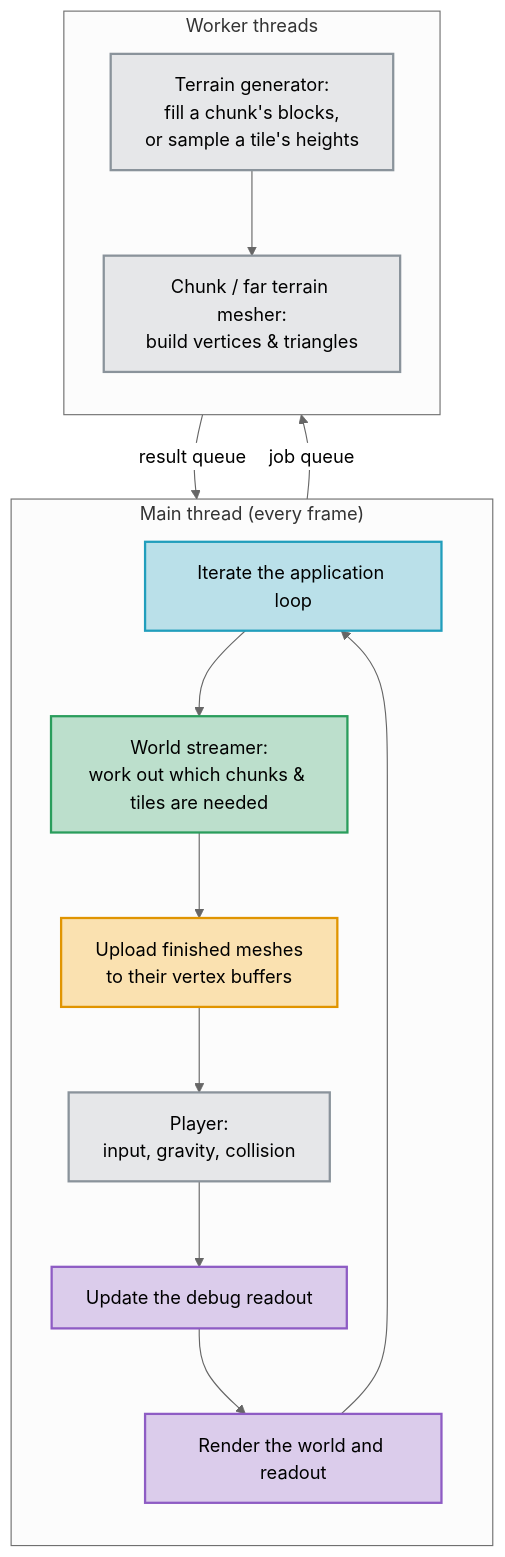
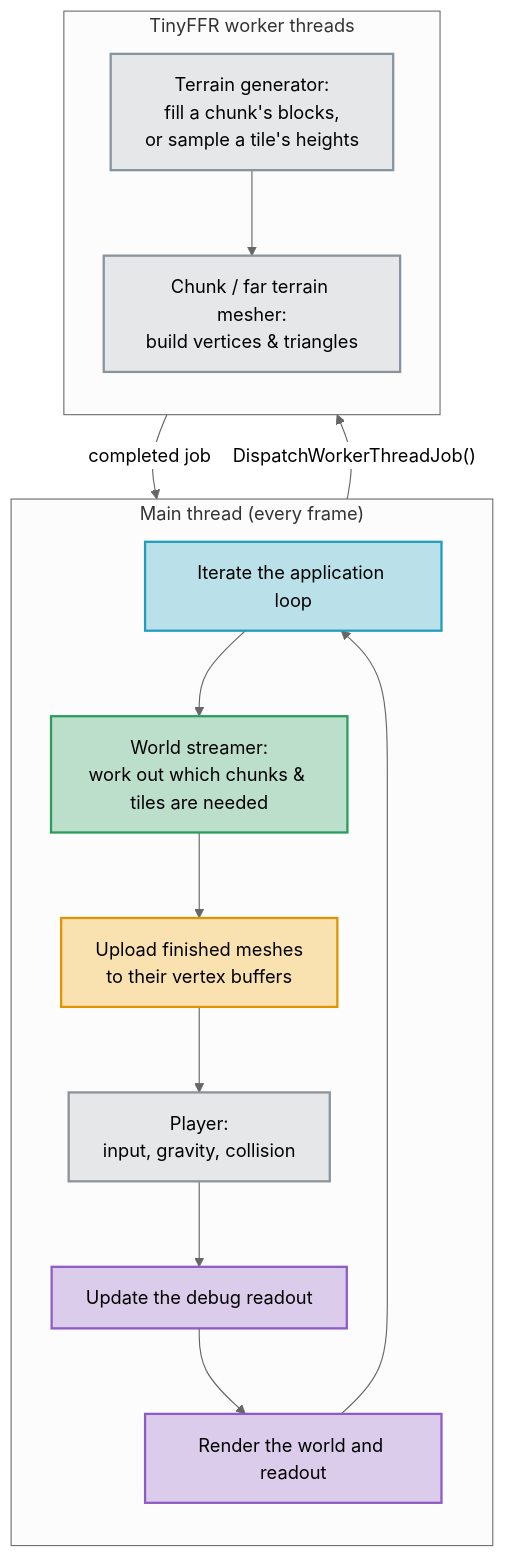
The diagram in Documentation/source/tutorials/voxel_world.md (Egodystonic/TinyFFR), drawn with Mermaid (neutral theme) before and after one commit. The commit also changed other lines of this file and 11 other files, not shown here.

````diff
--- a/Documentation/source/tutorials/voxel_world.md
+++ b/Documentation/source/tutorials/voxel_world.md
@@ -68,27 +66,27 @@
 ```mermaid
 flowchart TB
 	subgraph main ["Main thread (every frame)"]
 		direction TB
 		iterate["Iterate the application loop"]:::env
 		manager["World streamer:<br/>work out which chunks & tiles are needed"]:::world
 		upload["Upload finished meshes<br/>to their vertex buffers"]:::asset
 		player["Player:<br/>input, gravity, collision"]:::step
 		hud["Update the debug readout"]:::render
 		render["Render the world and readout"]:::render
 		iterate --> manager --> upload --> player --> hud --> render --> iterate
 	end
-	subgraph workers ["Worker threads"]
+	subgraph workers ["TinyFFR worker threads"]
 		direction TB
 		generate["Terrain generator:<br/>fill a chunk's blocks,<br/>or sample a tile's heights"]:::step
 		mesh["Chunk / far terrain mesher:<br/>build vertices & triangles"]:::step
 		generate --> mesh
 	end
-	manager -- "job queue" --> generate
-	mesh -- "result queue" --> upload
+	manager -- "DispatchWorkerThreadJob()" --> generate
+	mesh -- "completed job" --> upload
 
 	classDef env fill:#219ebc,fill-opacity:0.3,stroke:#219ebc,stroke-width:2px
 	classDef asset fill:#f4a300,fill-opacity:0.3,stroke:#e09400,stroke-width:2px
 	classDef world fill:#2a9d5c,fill-opacity:0.3,stroke:#2a9d5c,stroke-width:2px
 	classDef render fill:#8e5cc4,fill-opacity:0.3,stroke:#8e5cc4,stroke-width:2px
 	classDef step fill:#8a939b,fill-opacity:0.2,stroke:#8a939b,stroke-width:2px
 ```
````
